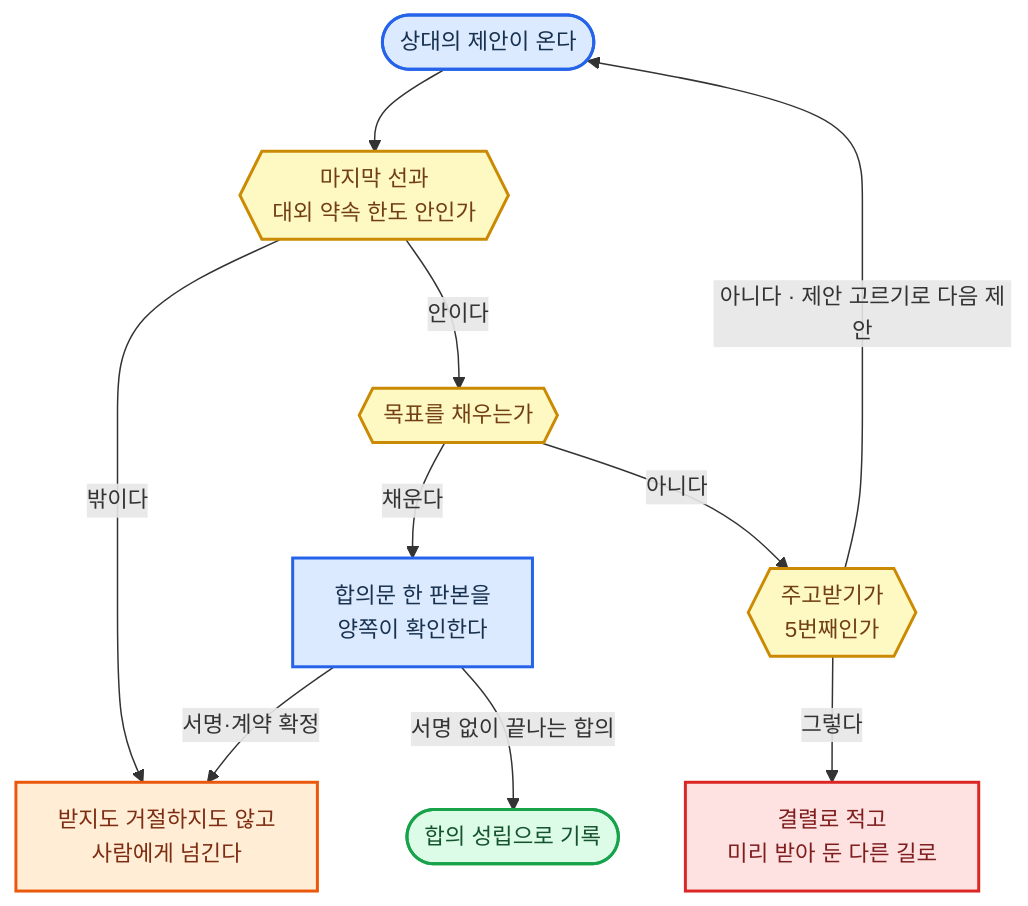
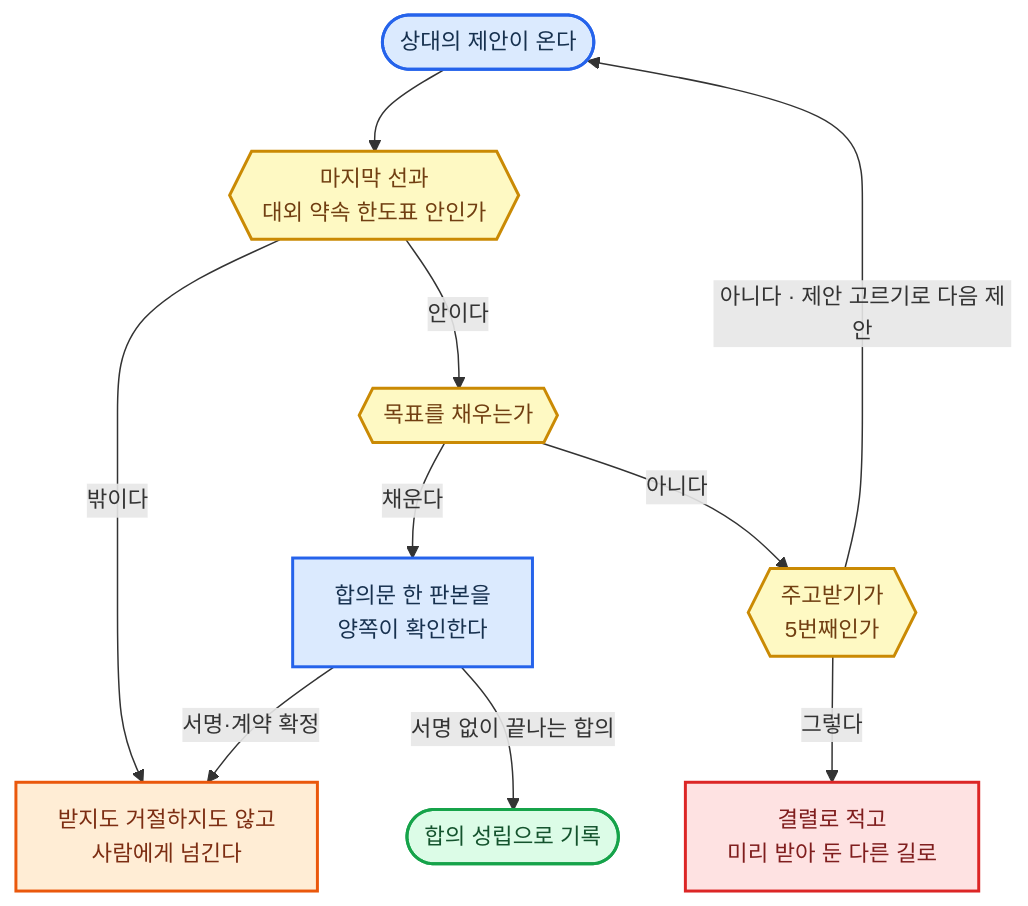
Before and after one commit to harisbaguette/expert: diagram 19 of 27 in 전문가 에이전트 정의 2.md, drawn with Mermaid. The commit also changed other lines of this file, not shown here.

````diff
--- a/전문가 에이전트 정의 2.md
+++ b/전문가 에이전트 정의 2.md
@@ -2349,14 +2356,14 @@
 ```mermaid
 %%{init: {"flowchart": {"wrappingWidth": 640, "curve": "basis", "nodeSpacing": 45, "rankSpacing": 55, "padding": 14, "useMaxWidth": true}, "themeVariables": {"fontSize": "15px"}} }%%
 flowchart TB
-    IN(["상대의 제안이 온다"]):::main --> LINE{{"마지막 선과<br/>대외 약속 한도 안인가"}}:::note -- "밖이다" --> HUMAN["받지도 거절하지도 않고<br/>사람에게 넘긴다"]:::back
+    IN(["상대의 제안이 온다"]):::main --> LINE{{"마지막 선과<br/>대외 약속 한도표 안인가"}}:::note -- "밖이다" --> HUMAN["받지도 거절하지도 않고<br/>사람에게 넘긴다"]:::back
     LINE -- "안이다" --> GOAL{{"목표를 채우는가"}}:::note -- "채운다" --> SIGN["합의문 한 판본을<br/>양쪽이 확인한다"]:::main -- "서명·계약 확정" --> HUMAN
     GOAL -- "아니다" --> CNT{{"주고받기가<br/>5번째인가"}}:::note -- "그렇다" --> BREAK["결렬로 적고<br/>미리 받아 둔 다른 길로"]:::stop
     CNT -- "아니다 · 제안 고르기로 다음 제안" --> IN
     SIGN -- "서명 없이 끝나는 합의" --> OK(["합의 성립으로 기록"]):::good
     classDef main fill:#dbeafe,stroke:#2563eb,stroke-width:2px,color:#17314f
     classDef stop fill:#fee2e2,stroke:#dc2626,stroke-width:2px,color:#7f1d1d
     classDef back fill:#ffedd5,stroke:#ea580c,stroke-width:2px,color:#7c2d12
     classDef good fill:#dcfce7,stroke:#16a34a,stroke-width:2px,color:#14532d
     classDef note fill:#fef9c3,stroke:#ca8a04,stroke-width:2px,color:#713f12
 ```
````
